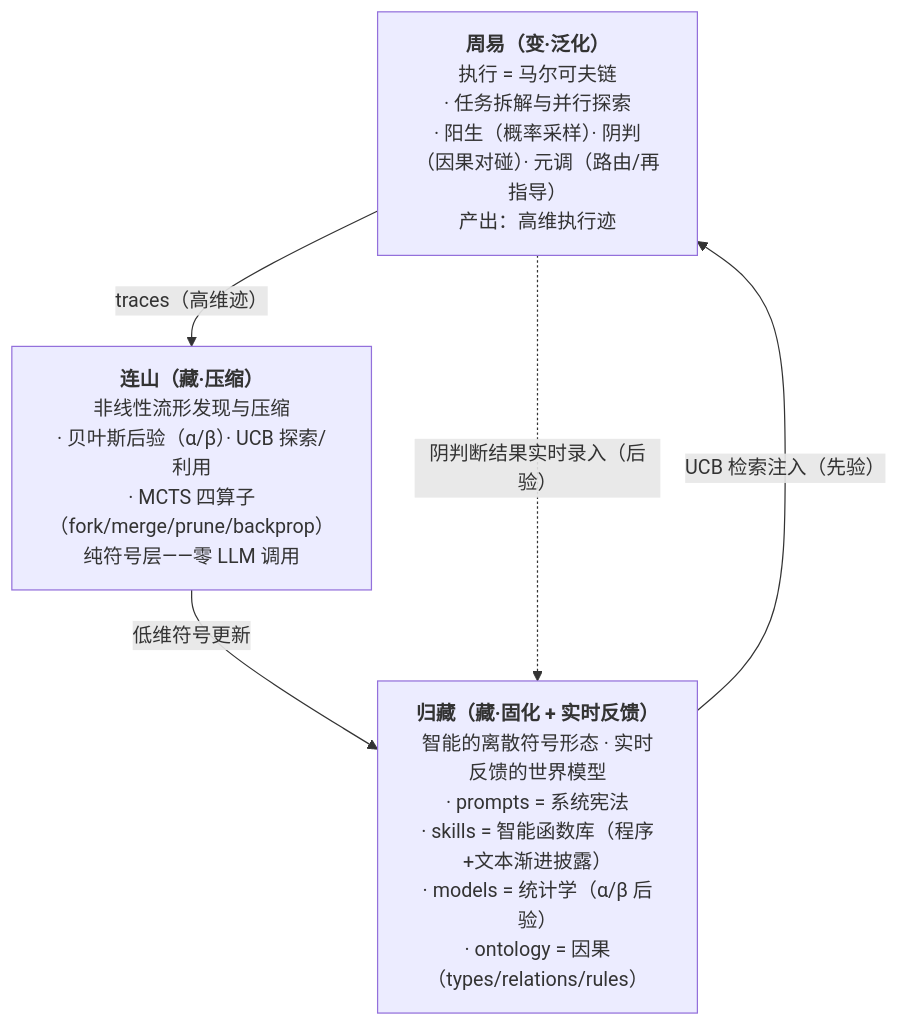
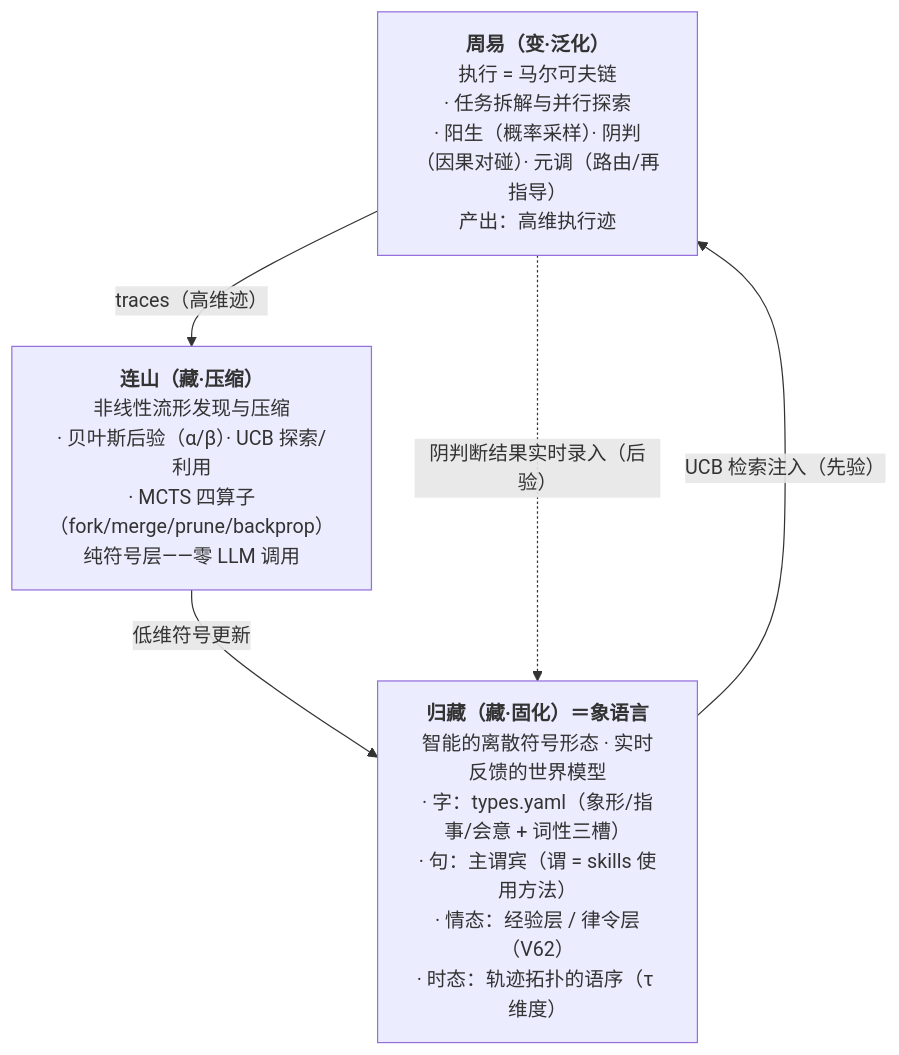
Before and after one commit to wenge6090-tech/taiji: the first of 19 diagrams in Blueprint.md, drawn with Mermaid. The commit also changed other lines of this file and 17 other files, not shown here.

````diff
--- a/Blueprint.md
+++ b/Blueprint.md
@@ -70,10 +79,10 @@
 ```mermaid
 flowchart TD
     Z["<b>周易（变·泛化）</b><br/>执行 = 马尔可夫链<br/>· 任务拆解与并行探索<br/>· 阳生（概率采样）· 阴判（因果对碰）· 元调（路由/再指导）<br/>产出：高维执行迹"]
     L["<b>连山（藏·压缩）</b><br/>非线性流形发现与压缩<br/>· 贝叶斯后验（α/β）· UCB 探索/利用<br/>· MCTS 四算子（fork/merge/prune/backprop）<br/>纯符号层——零 LLM 调用"]
-    G["<b>归藏（藏·固化 + 实时反馈）</b><br/>智能的离散符号形态 · 实时反馈的世界模型<br/>· prompts = 系统宪法<br/>· skills = 智能函数库（程序+文本渐进披露）<br/>· models = 统计学（α/β 后验）<br/>· ontology = 因果（types/relations/rules）"]
+    G["<b>归藏（藏·固化）＝象语言</b><br/>智能的离散符号形态 · 实时反馈的世界模型<br/>· 字：types.yaml（象形/指事/会意 + 词性三槽）<br/>· 句：主谓宾（谓 = skills 使用方法）<br/>· 情态：经验层 / 律令层（V62）<br/>· 时态：轨迹拓扑的语序（τ 维度）"]
     Z -->|"traces（高维迹）"| L
     L -->|"低维符号更新"| G
     G -->|"UCB 检索注入（先验）"| Z
     Z -.->|"阴判断结果实时录入（后验）"| G
 ```
````
